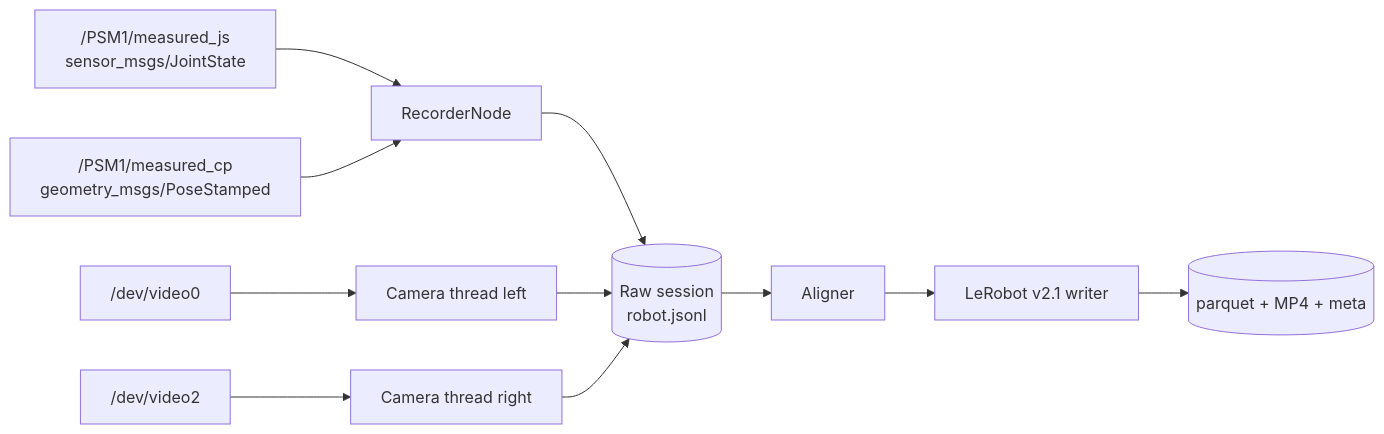
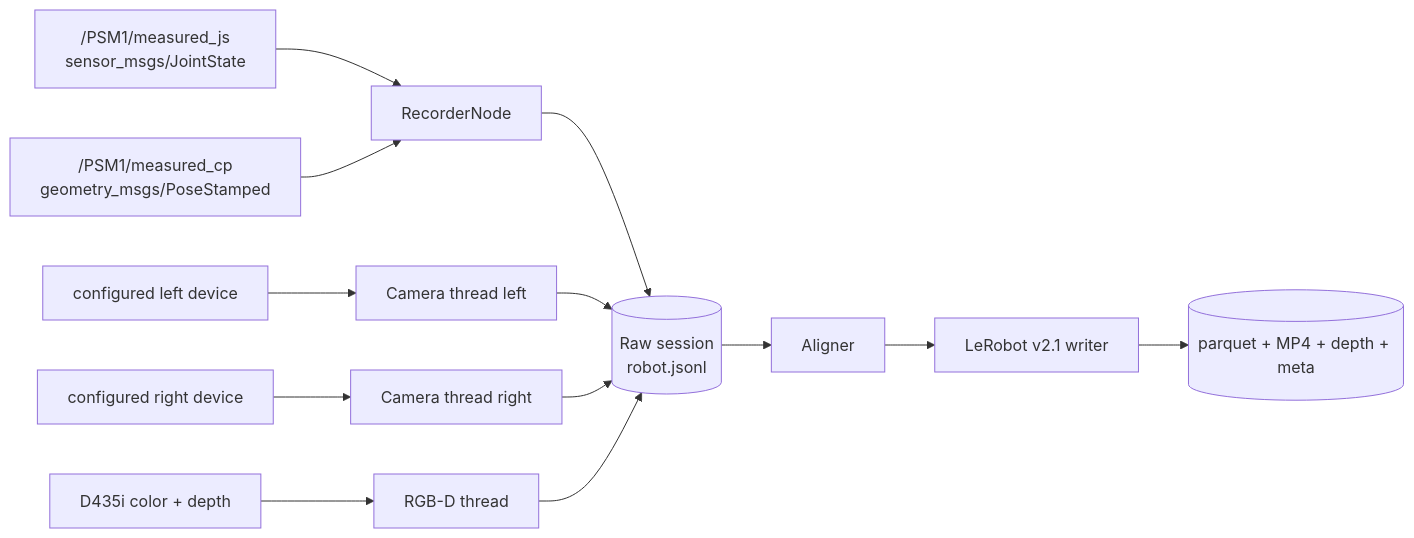
One commit to SlenterZhang/Open-H-Embodiment-dVRK-v2 changed the first of 2 diagrams in ARCHITECTURE.md. Above: the diagram before and after it, drawn with Mermaid. The commit also changed other lines of this file and 36 other files, not shown here.

First line of the commit message:
realsense: record D435i RGB-D with lossless depth and colored point clouds

````diff
--- a/ARCHITECTURE.md
+++ b/ARCHITECTURE.md
@@ -43,13 +51,15 @@
 ```mermaid
 flowchart LR
     JS["/PSM1/measured_js<br/>sensor_msgs/JointState"] --> N[RecorderNode]
     CP["/PSM1/measured_cp<br/>geometry_msgs/PoseStamped"] --> N
-    L["/dev/video0"] --> LC[Camera thread left]
-    R["/dev/video2"] --> RC[Camera thread right]
+    L["configured left device"] --> LC[Camera thread left]
+    R["configured right device"] --> RC[Camera thread right]
+    RGBD["D435i color + depth"] --> EC[RGB-D thread]
     N --> S[(Raw session<br/>robot.jsonl)]
     LC --> S
     RC --> S
+    EC --> S
     S --> A[Aligner]
     A --> W[LeRobot v2.1 writer]
-    W --> D[(parquet + MP4 + meta)]
+    W --> D[(parquet + MP4 + depth + meta)]
 ```
````
